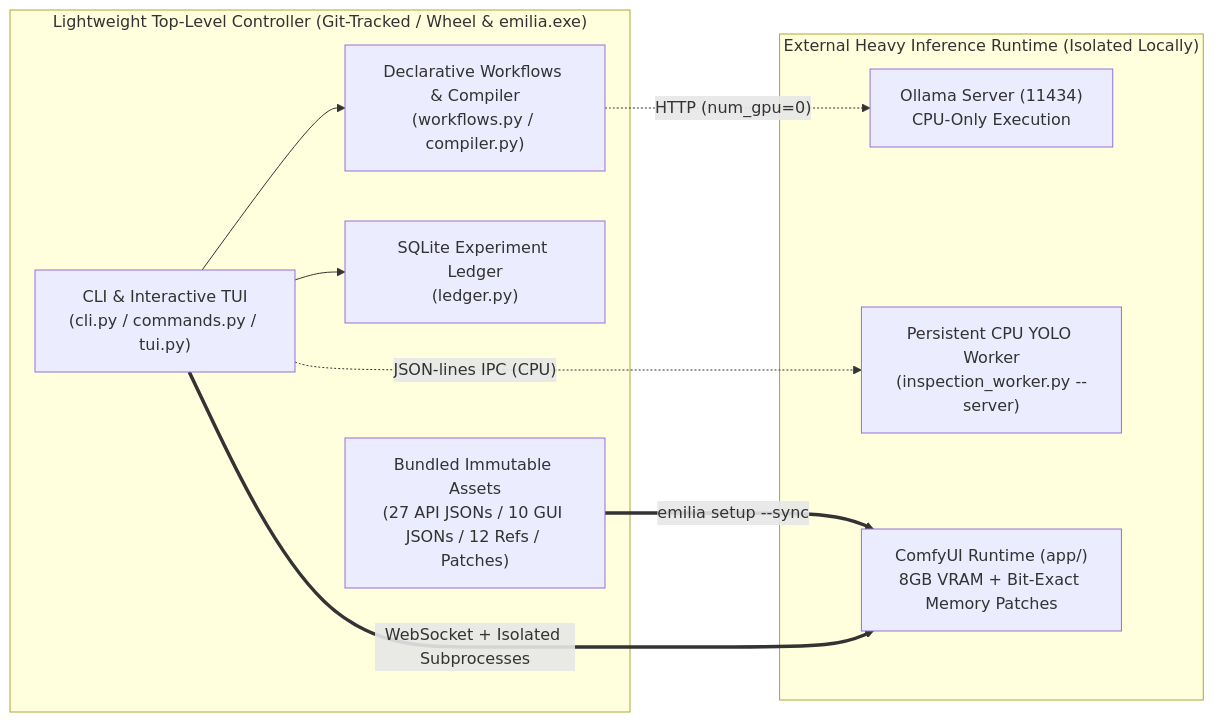
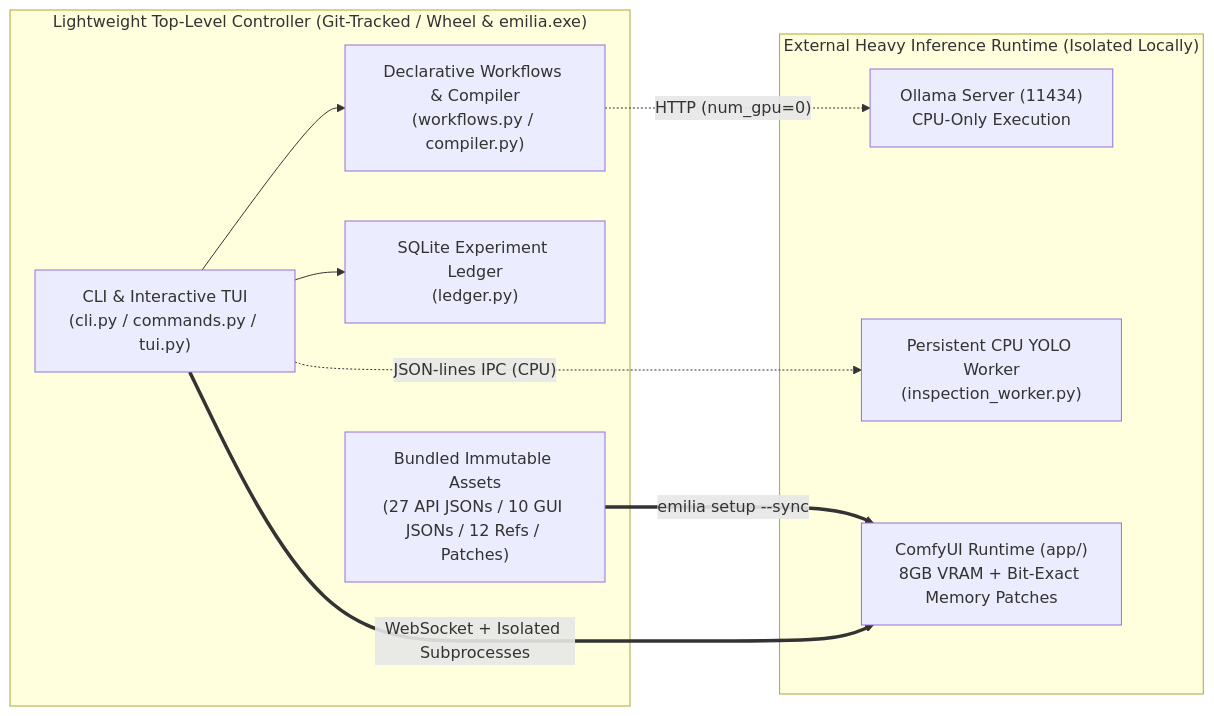
Before and after one commit to just1cez/emilia_studio: the second of 2 diagrams in README.en.md, drawn with Mermaid. The commit also changed other lines of this file and 4 other files, not shown here.

````diff
--- a/README.en.md
+++ b/README.en.md
@@ -71,21 +71,21 @@
 ```mermaid
 flowchart LR
     subgraph Top["Lightweight Top-Level Controller (Git-Tracked / Wheel & emilia.exe)"]
         CLI["CLI & Interactive TUI<br/>(cli.py / commands.py / tui.py)"]
         DSL["Declarative Workflows & Compiler<br/>(workflows.py / compiler.py)"]
         LED["SQLite Experiment Ledger<br/>(ledger.py)"]
         RES["Bundled Immutable Assets<br/>(27 API JSONs / 10 GUI JSONs / 12 Refs / Patches)"]
     end
 
     subgraph Ext["External Heavy Inference Runtime (Isolated Locally)"]
         OLL["Ollama Server (11434)<br/>CPU-Only Execution"]
-        WKR["Persistent CPU YOLO Worker<br/>(inspection_worker.py --server)"]
+        WKR["Persistent CPU YOLO Worker<br/>(inspection_worker.py)"]
         APP["ComfyUI Runtime (app/)<br/>8GB VRAM + Bit-Exact Memory Patches"]
     end
 
     CLI --> DSL & LED
     DSL -. "HTTP (num_gpu=0)" .-> OLL
     CLI -. "JSON-lines IPC (CPU)" .-> WKR
     RES == "emilia setup --sync" ==> APP
     CLI == "WebSocket + Isolated Subprocesses" ==> APP
 ```
````
